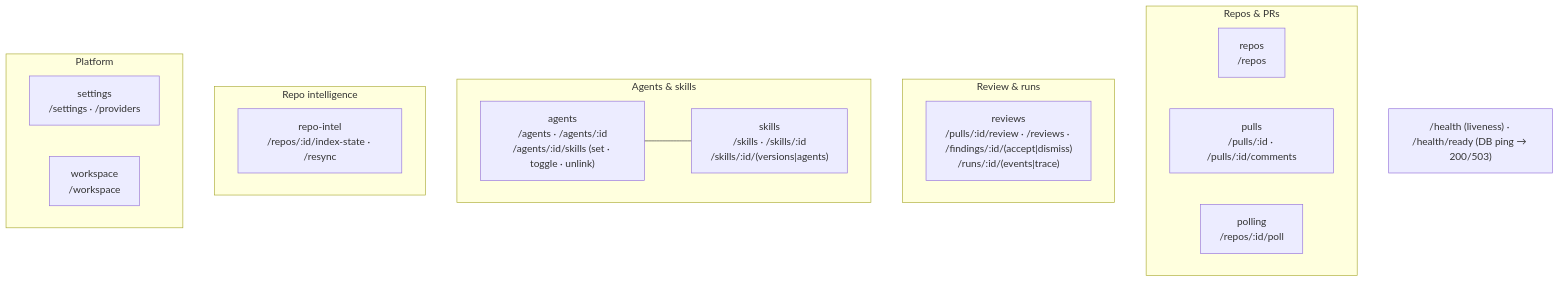
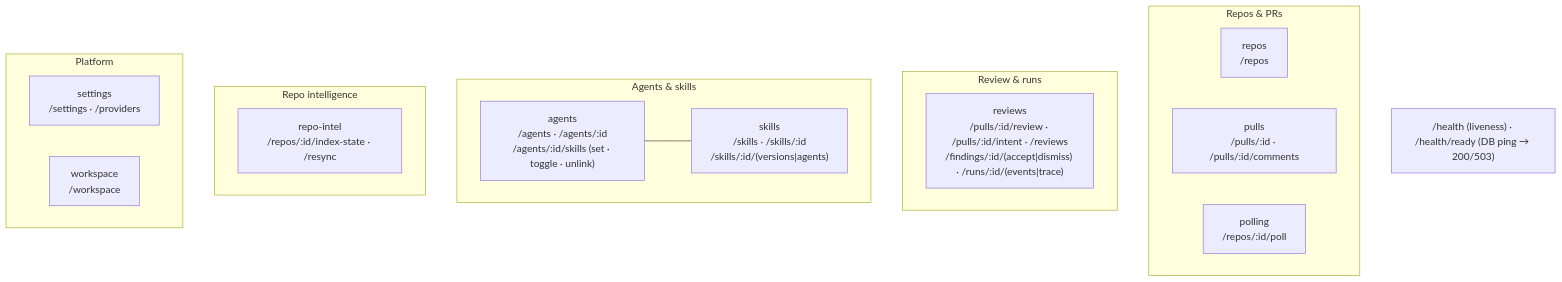
The second of 2 diagrams in server/README.md (KyryloMyronov/dev-digest), drawn with Mermaid before and after one commit. The commit also changed other lines of this file and 68 other files, not shown here.

````diff
--- a/server/README.md
+++ b/server/README.md
@@ -64,24 +64,24 @@
 ```mermaid
 flowchart TB
   subgraph Repos_PRs["Repos & PRs"]
     repos["repos<br/>/repos"]
     pulls["pulls<br/>/pulls/:id · /pulls/:id/comments"]
     polling["polling<br/>/repos/:id/poll"]
   end
   subgraph Review["Review & runs"]
-    reviews["reviews<br/>/pulls/:id/review · /reviews · /findings/:id/(accept|dismiss)<br/>/runs/:id/(events|trace)"]
+    reviews["reviews<br/>/pulls/:id/review · /pulls/:id/intent · /reviews<br/>/findings/:id/(accept|dismiss) · /runs/:id/(events|trace)"]
   end
   subgraph Agents["Agents & skills"]
     agents["agents<br/>/agents · /agents/:id<br/>/agents/:id/skills (set · toggle · unlink)"]
     skills["skills<br/>/skills · /skills/:id<br/>/skills/:id/(versions|agents)"]
     agents --- skills
   end
   subgraph Intel["Repo intelligence"]
     repoIntel["repo-intel<br/>/repos/:id/index-state · /resync"]
   end
   subgraph Platform["Platform"]
     settings["settings<br/>/settings · /providers"]
     workspace["workspace<br/>/workspace"]
   end
   HEALTH["/health (liveness) · /health/ready (DB ping → 200/503)"]
 ```
````
